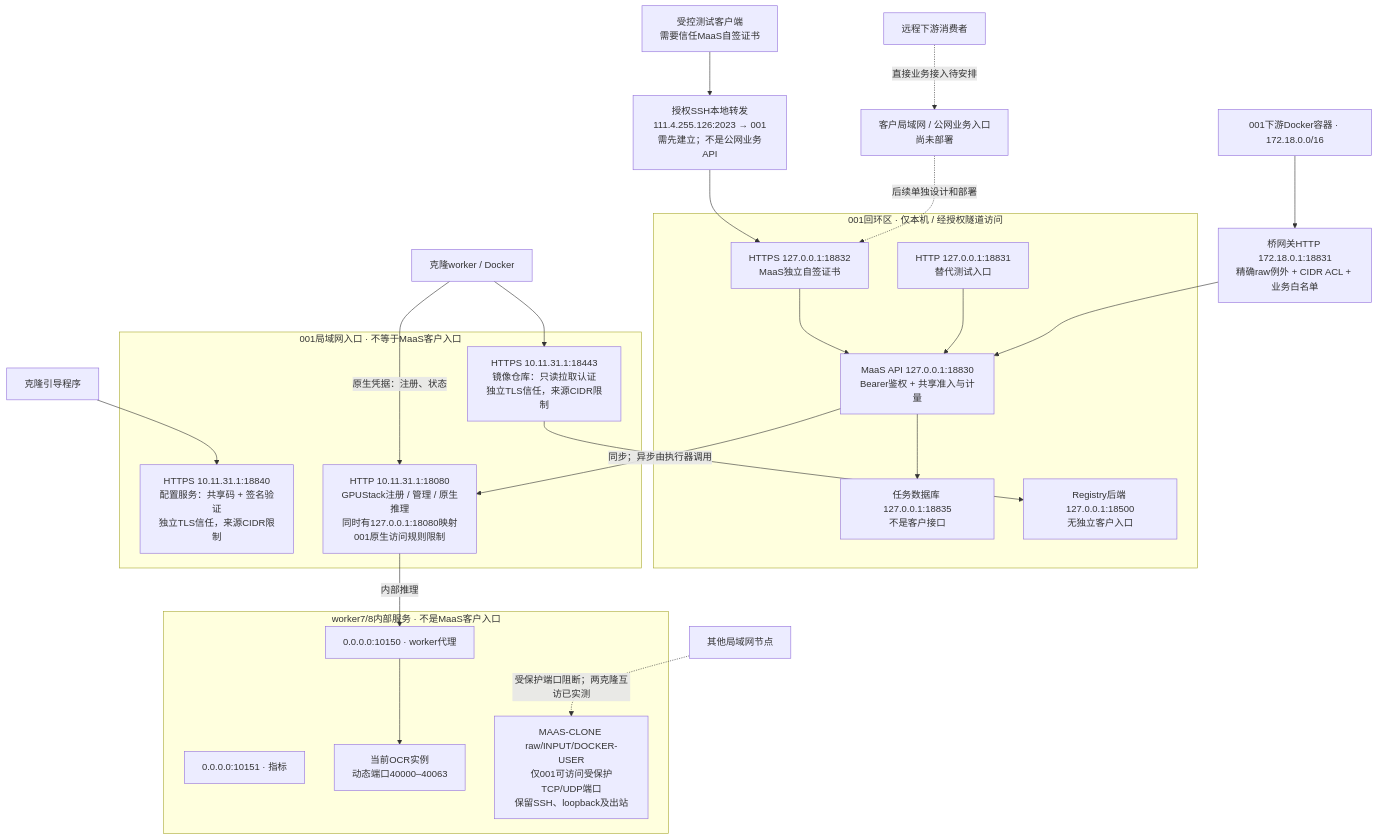
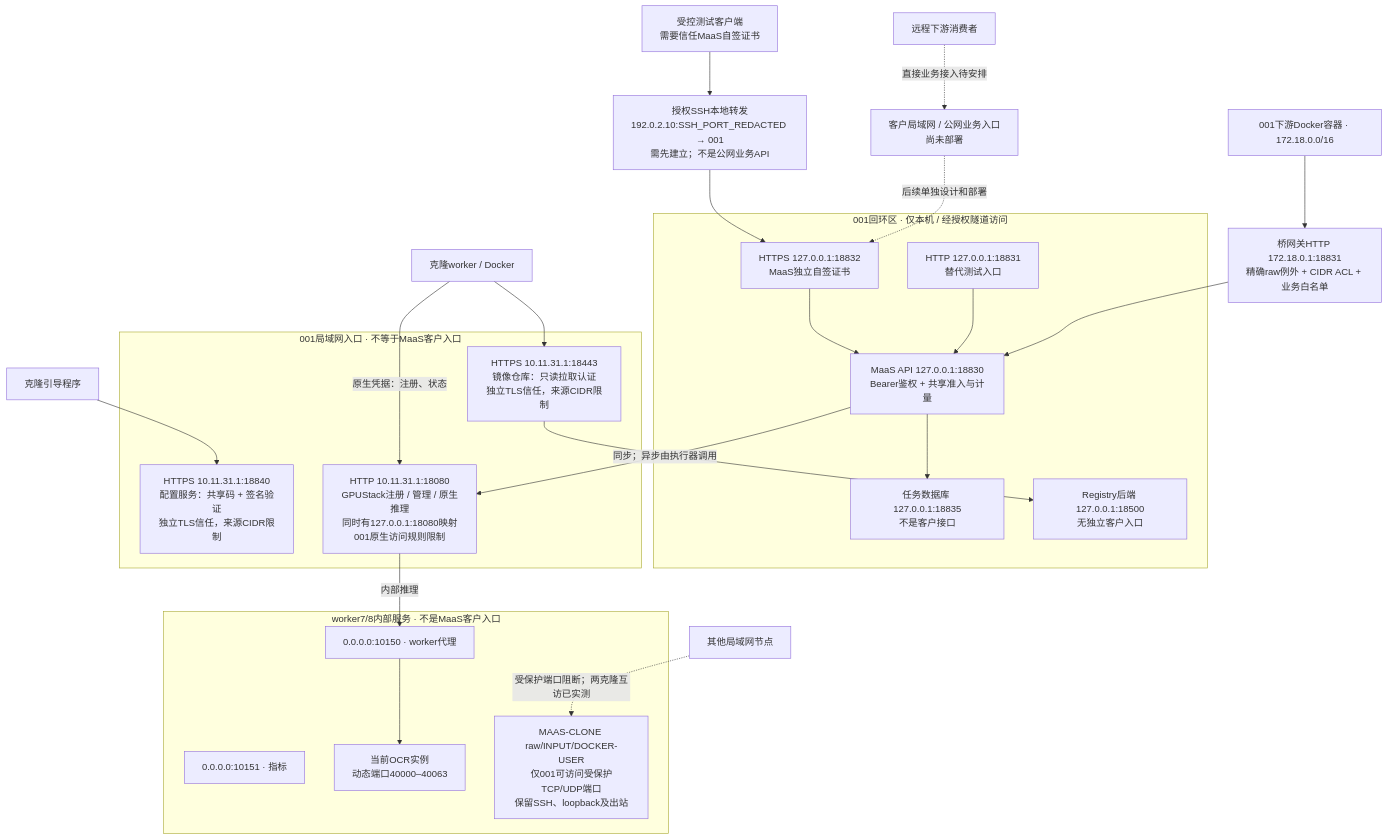
The second of 2 diagrams in docs/framework/CURRENT-ARCHITECTURE.md (WTaoGitHub/cybercafe-maas), drawn with Mermaid before and after one commit. The commit also changed other lines of this file and 57 other files, not shown here.

````diff
--- a/docs/framework/CURRENT-ARCHITECTURE.md
+++ b/docs/framework/CURRENT-ARCHITECTURE.md
@@ -76,42 +76,42 @@
 ```mermaid
 flowchart TB
     REMOTE["远程下游消费者"]
     TEST["受控测试客户端<br/>需要信任MaaS自签证书"]
-    SSH["授权SSH本地转发<br/>111.4.255.126:2023 → 001<br/>需先建立；不是公网业务API"]
+    SSH["授权SSH本地转发<br/>192.0.2.10:SSH_PORT_REDACTED → 001<br/>需先建立；不是公网业务API"]
     FUTURE["客户局域网 / 公网业务入口<br/>尚未部署"]
     REMOTE -. "直接业务接入待安排" .-> FUTURE
     TEST --> SSH
     subgraph LOOP["001回环区 · 仅本机 / 经授权隧道访问"]
         TLS["HTTPS 127.0.0.1:18832<br/>MaaS独立自签证书"]
         HTTP["HTTP 127.0.0.1:18831<br/>替代测试入口"]
         APP["MaaS API 127.0.0.1:18830<br/>Bearer鉴权 + 共享准入与计量"]
         PG["任务数据库 127.0.0.1:18835<br/>不是客户接口"]
         STORE["Registry后端 127.0.0.1:18500<br/>无独立客户入口"]
         TLS --> APP
         HTTP --> APP
         APP --> PG
     end
     DC["001下游Docker容器 · 172.18.0.0/16"] --> CE["桥网关HTTP 172.18.0.1:18831<br/>精确raw例外 + CIDR ACL + 业务白名单"]
     CE --> APP
     SSH --> TLS
     FUTURE -. "后续单独设计和部署" .-> TLS
     subgraph LAN["001局域网入口 · 不等于MaaS客户入口"]
         CONFIG["HTTPS 10.11.31.1:18840<br/>配置服务：共享码 + 签名验证<br/>独立TLS信任，来源CIDR限制"]
         REGISTRY["HTTPS 10.11.31.1:18443<br/>镜像仓库：只读拉取认证<br/>独立TLS信任，来源CIDR限制"]
         NATIVE["HTTP 10.11.31.1:18080<br/>GPUStack注册 / 管理 / 原生推理<br/>同时有127.0.0.1:18080映射<br/>001原生访问规则限制"]
     end
     REGISTRY --> STORE
     CLIENTBOOT["克隆引导程序"] --> CONFIG
     WORKER["克隆worker / Docker"] --> REGISTRY
     WORKER -->|"原生凭据：注册、状态"| NATIVE
     APP -->|"同步；异步由执行器调用"| NATIVE
     subgraph WP["worker7/8内部服务 · 不是MaaS客户入口"]
         PROXY["0.0.0.0:10150 · worker代理"]
         METRIC["0.0.0.0:10151 · 指标"]
         ENGINE["当前OCR实例<br/>动态端口40000–40063"]
         ACL["MAAS-CLONE raw/INPUT/DOCKER-USER<br/>仅001可访问受保护TCP/UDP端口<br/>保留SSH、loopback及出站"]
         PROXY --> ENGINE
     end
     NATIVE -->|"内部推理"| PROXY
     PEER["其他局域网节点"] -. "受保护端口阻断；两克隆互访已实测" .-> ACL
 ```
````
